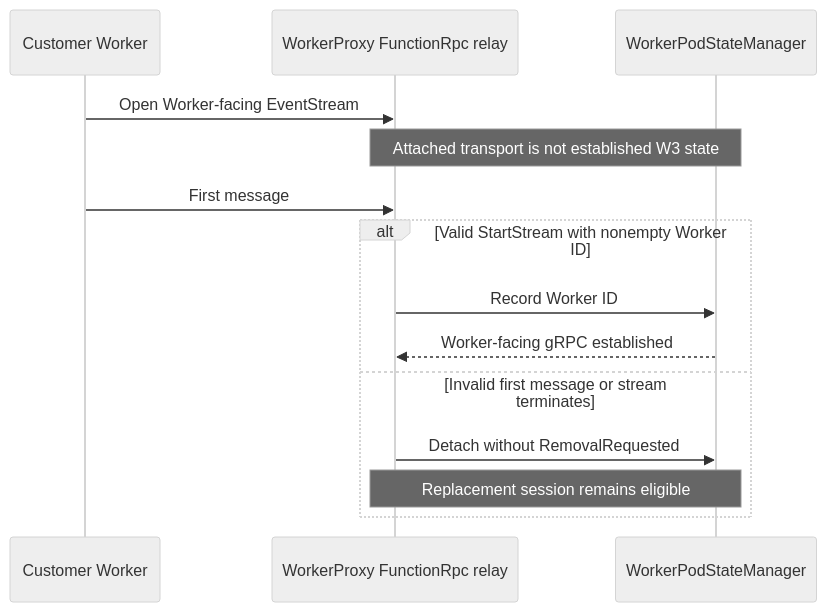
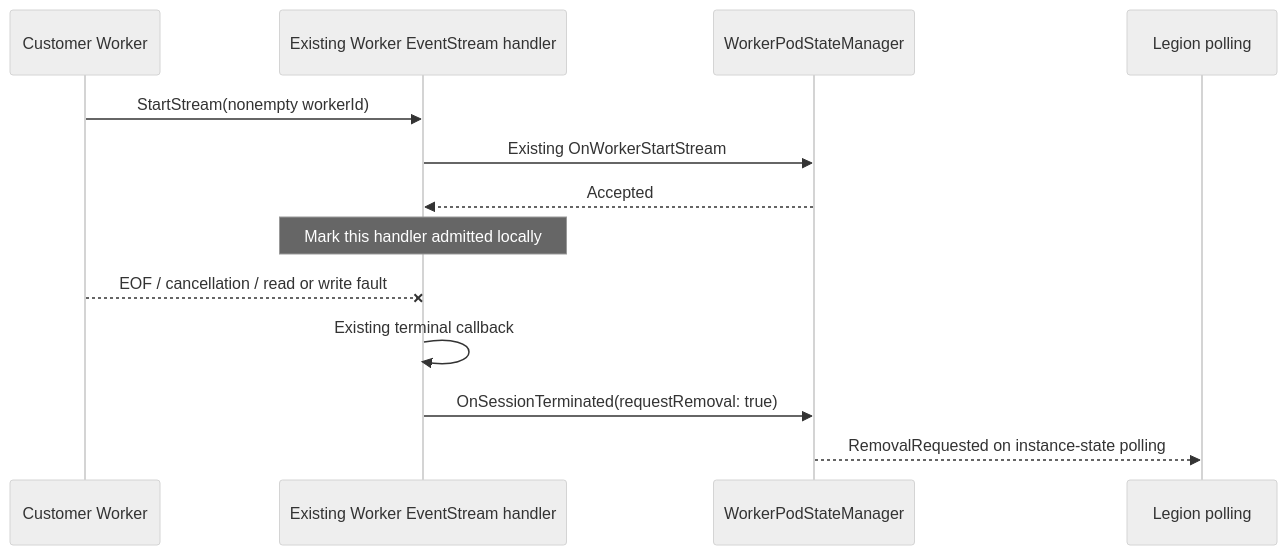
The first of 3 diagrams in tools/ComputeSeparation/byoc-worker-grpc-failure-cleanup.md (Azure/azure-functions-host), drawn with Mermaid (neutral theme) before and after one commit. The commit also changed other lines of this file and 18 other files, not shown here.

Commit message:
Simplify W3 Worker gRPC loss cleanup

````diff
--- a/tools/ComputeSeparation/byoc-worker-grpc-failure-cleanup.md
+++ b/tools/ComputeSeparation/byoc-worker-grpc-failure-cleanup.md
@@ -25,17 +25,16 @@
 ```mermaid
 sequenceDiagram
     participant Worker as Customer Worker
-    participant Relay as WorkerProxy FunctionRpc relay
+    participant Handler as Existing Worker EventStream handler
     participant State as WorkerPodStateManager
+    participant Legion as Legion polling
 
-    Worker->>Relay: Open Worker-facing EventStream
-    Note over Relay,State: Attached transport is not established W3 state
-    Worker->>Relay: First message
-    alt Valid StartStream with nonempty Worker ID
-        Relay->>State: Record Worker ID
-        State-->>Relay: Worker-facing gRPC established
-    else Invalid first message or stream terminates
-        Relay->>State: Detach without RemovalRequested
-        Note over Relay,State: Replacement session remains eligible
-    end
+    Worker->>Handler: StartStream(nonempty workerId)
+    Handler->>State: Existing OnWorkerStartStream
+    State-->>Handler: Accepted
+    Note over Handler: Mark this handler admitted locally
+    Worker--xHandler: EOF / cancellation / read or write fault
+    Handler->>Handler: Existing terminal callback
+    Handler->>State: OnSessionTerminated(requestRemoval: true)
+    State-->>Legion: RemovalRequested on instance-state polling
 ```
````
